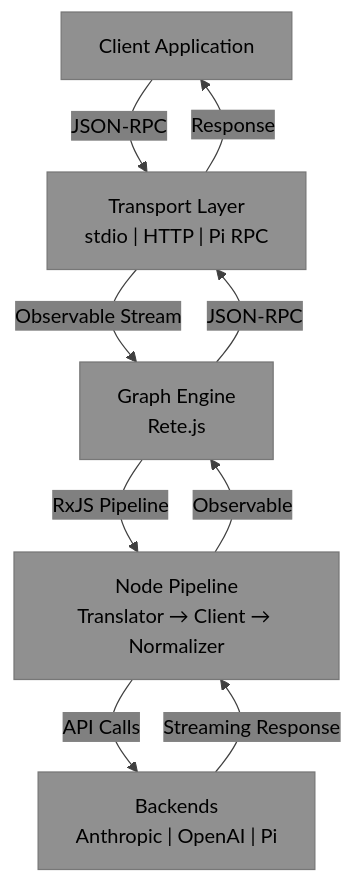
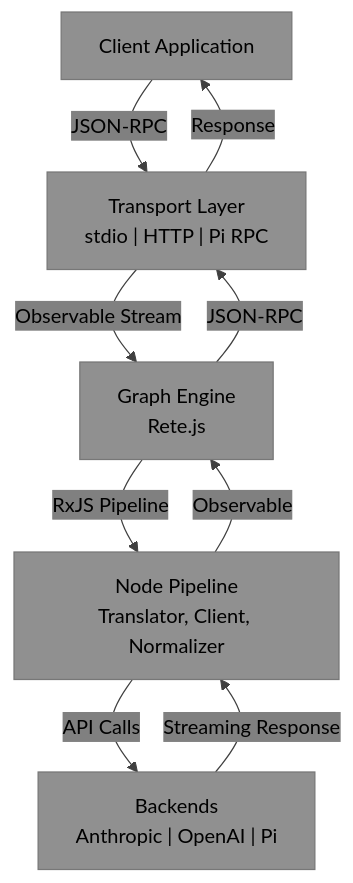
One commit to visionik/acphast changed the first of 5 diagrams in README.md. Above: the diagram before and after it, drawn with Mermaid. The commit also changed other lines of this file, not shown here.

First line of the commit message:
fix: resolve Mermaid rendering errors in diagrams

````diff
--- a/README.md
+++ b/README.md
@@ -107,18 +107,18 @@
 ```mermaid
 %%{init: {"theme":"base","themeVariables":{"primaryTextColor":"#000000","secondaryTextColor":"#000000","tertiaryTextColor":"#000000","noteTextColor":"#000000","primaryColor":"#909090","secondaryColor":"#808080","tertiaryColor":"#707070","lineColor":"#404040","actorLineColor":"#404040","signalColor":"#404040"}}}%%
 graph TB
     Client["Client Application"]
     Transport["Transport Layer<br/>stdio | HTTP | Pi RPC"]
     Engine["Graph Engine<br/>Rete.js"]
-    Nodes["Node Pipeline<br/>Translator → Client → Normalizer"]
+    Nodes["Node Pipeline<br/>Translator, Client, Normalizer"]
     Backends["Backends<br/>Anthropic | OpenAI | Pi"]
     
     Client -->|JSON-RPC| Transport
     Transport -->|Observable Stream| Engine
     Engine -->|RxJS Pipeline| Nodes
     Nodes -->|API Calls| Backends
     Backends -->|Streaming Response| Nodes
     Nodes -->|Observable| Engine
     Engine -->|JSON-RPC| Transport
     Transport -->|Response| Client
 ```
````
